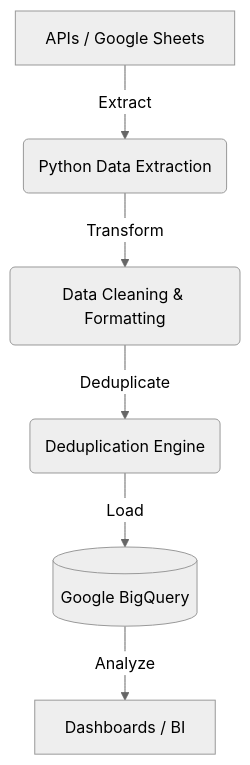
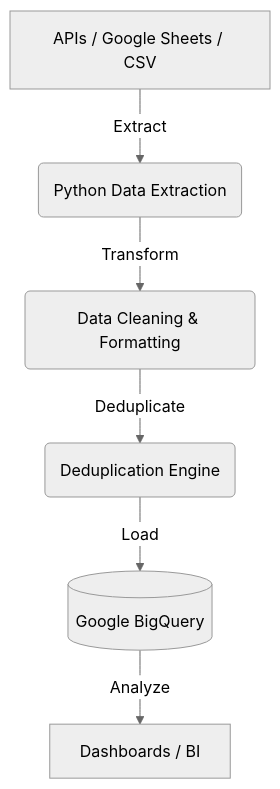
The diagram in README.md (amitray-lawsikho/calling-analytics), drawn with Mermaid (neutral theme) before and after one commit. The commit also changed other lines of this file, not shown here.

````diff
--- a/README.md
+++ b/README.md
@@ -22,8 +22,8 @@
 ```mermaid
 graph TD
-    A[APIs / Google Sheets] -->|Extract| B(Python Data Extraction)
+    A[APIs / Google Sheets / CSV] -->|Extract| B(Python Data Extraction)
     B -->|Transform| C(Data Cleaning & Formatting)
     C -->|Deduplicate| D(Deduplication Engine)
     D -->|Load| E[(Google BigQuery)]
     E -->|Analyze| F[Dashboards / BI]
 ```
````
